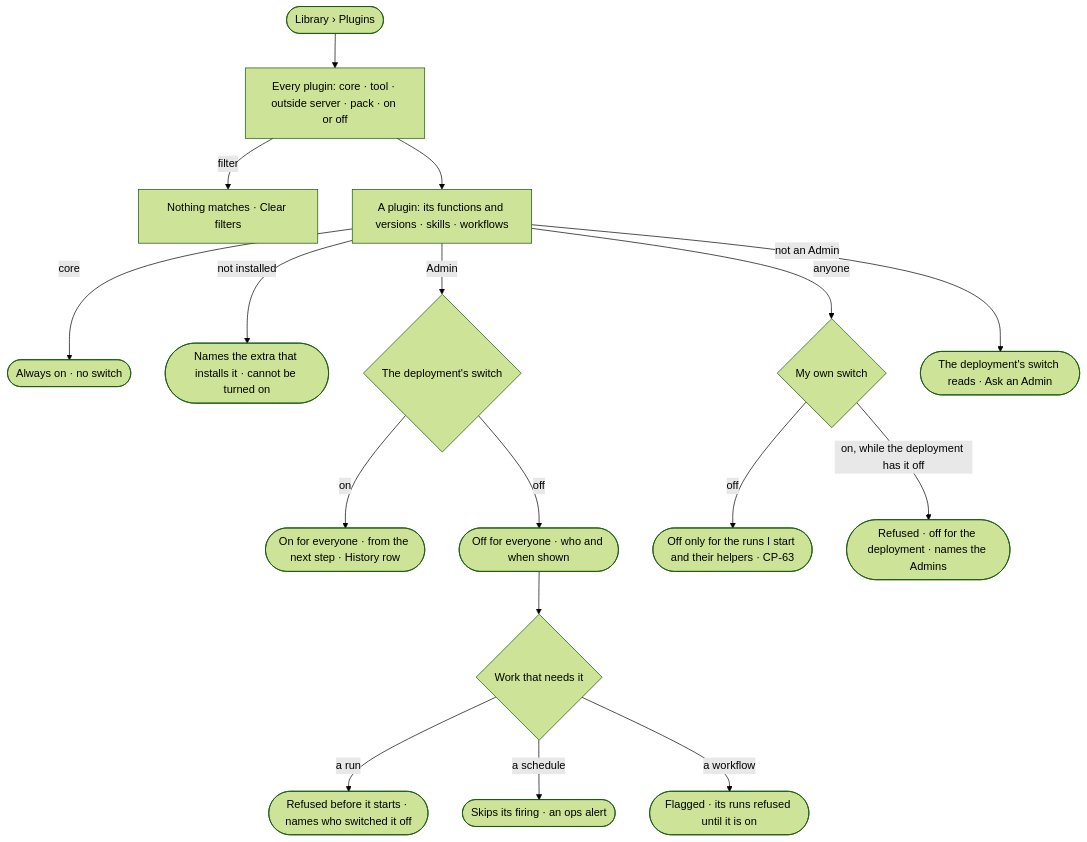
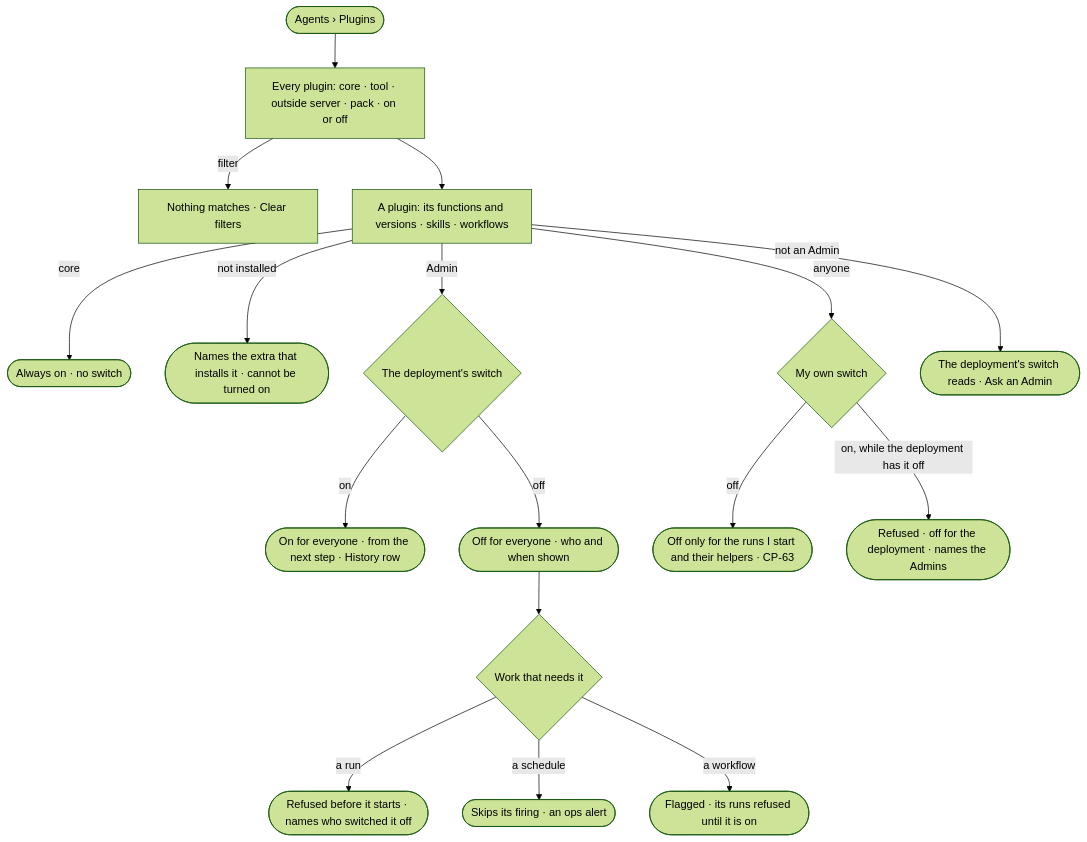
The diagram in specs/os/control/features/CP-F02-plugins-and-outside-tools/stories/CP-04-see-every-plugin-and-switch-it-on-or-off/story.md (invana/invana), drawn with Mermaid (forest theme) before and after one commit. The commit also changed other lines of this file and 106 other files, not shown here.

````diff
--- a/specs/os/control/features/CP-F02-plugins-and-outside-tools/stories/CP-04-see-every-plugin-and-switch-it-on-or-off/story.md
+++ b/specs/os/control/features/CP-F02-plugins-and-outside-tools/stories/CP-04-see-every-plugin-and-switch-it-on-or-off/story.md
@@ -29,19 +29,19 @@
 ```mermaid
 flowchart TD
-  s([Library › Plugins]) --> l["Every plugin: core · tool · outside server · pack · on or off"]
+  s([Agents › Plugins]) --> l["Every plugin: core · tool · outside server · pack · on or off"]
   l -->|filter| f["Nothing matches · Clear filters"]
   l --> p["A plugin: its functions and versions · skills · workflows"]
   p -->|core| always(["Always on · no switch"])
   p -->|not installed| ni(["Names the extra that installs it · cannot be turned on"])
   p -->|Admin| sw{"The deployment's switch"}
   sw -->|on| on(["On for everyone · from the next step · History row"])
   sw -->|off| off(["Off for everyone · who and when shown"])
   off --> w{"Work that needs it"}
   w -->|a run| r(["Refused before it starts · names who switched it off"])
   w -->|a schedule| sc(["Skips its firing · an ops alert"])
   w -->|a workflow| wf(["Flagged · its runs refused until it is on"])
   p -->|anyone| me{"My own switch"}
   me -->|off| mo(["Off only for the runs I start and their helpers · CP-63"])
   me -->|on, while the deployment has it off| no(["Refused · off for the deployment · names the Admins"])
   p -->|not an Admin| ro(["The deployment's switch reads · Ask an Admin"])
 ```
````
